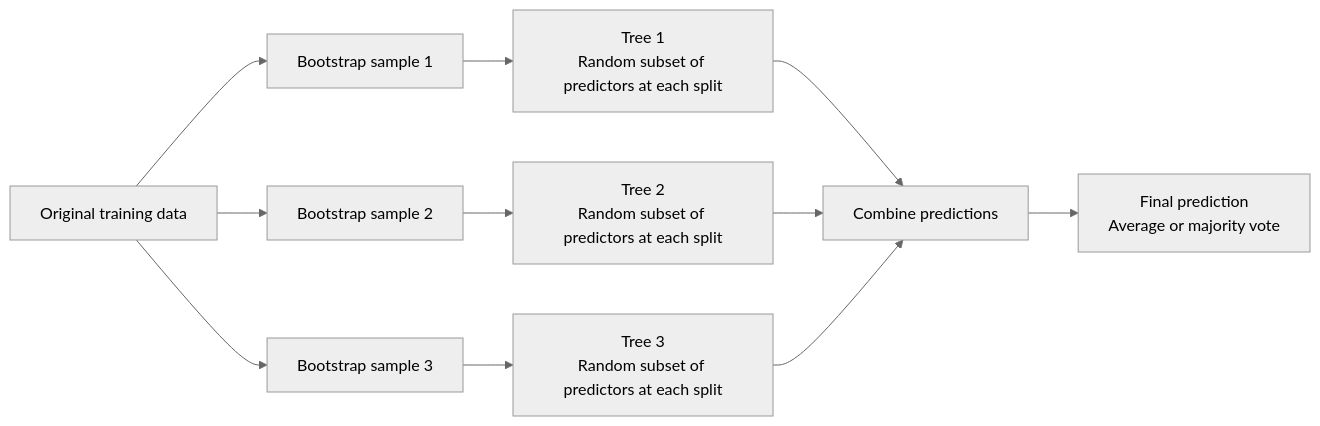
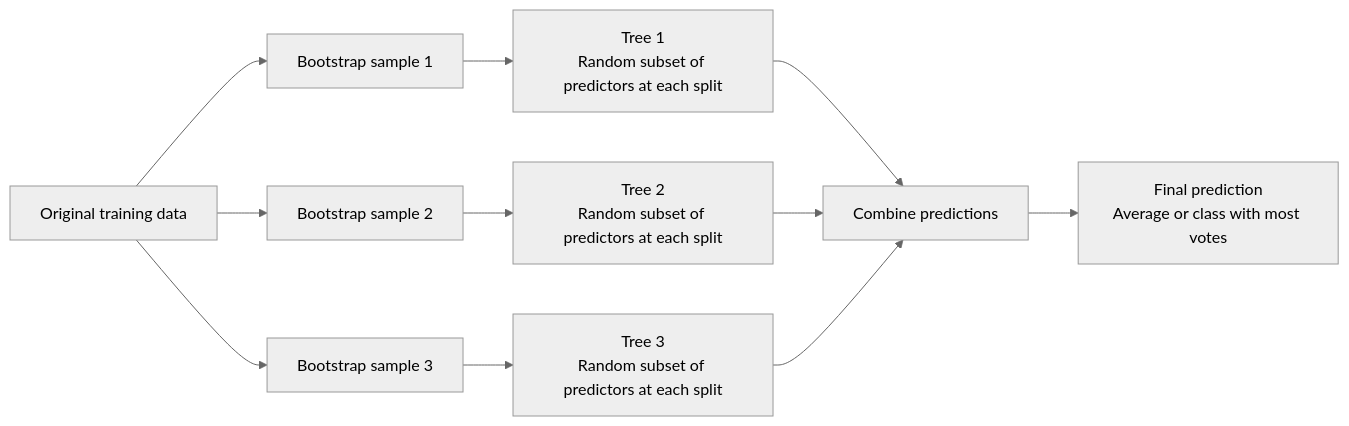
Before and after one commit to christinakosti/ds6400-portfolio: the diagram in 04-random-forests.qmd, drawn with Mermaid (neutral theme). The commit also changed other lines of this file and 6 other files, not shown here.

````diff
--- a/04-random-forests.qmd
+++ b/04-random-forests.qmd
@@ -55,18 +55,18 @@
 ```{mermaid}
 flowchart LR
     A[Original training data]
 
     A --> B[Bootstrap sample 1]
     A --> C[Bootstrap sample 2]
     A --> D[Bootstrap sample 3]
 
     B --> E[Tree 1<br/>Random subset of predictors at each split]
     C --> F[Tree 2<br/>Random subset of predictors at each split]
     D --> G[Tree 3<br/>Random subset of predictors at each split]
 
     E --> H[Combine predictions]
     F --> H
     G --> H
 
-    H --> I[Final prediction<br/>Average or majority vote]
+    H --> I[Final prediction<br/>Average or class with most votes]
 ```
````
